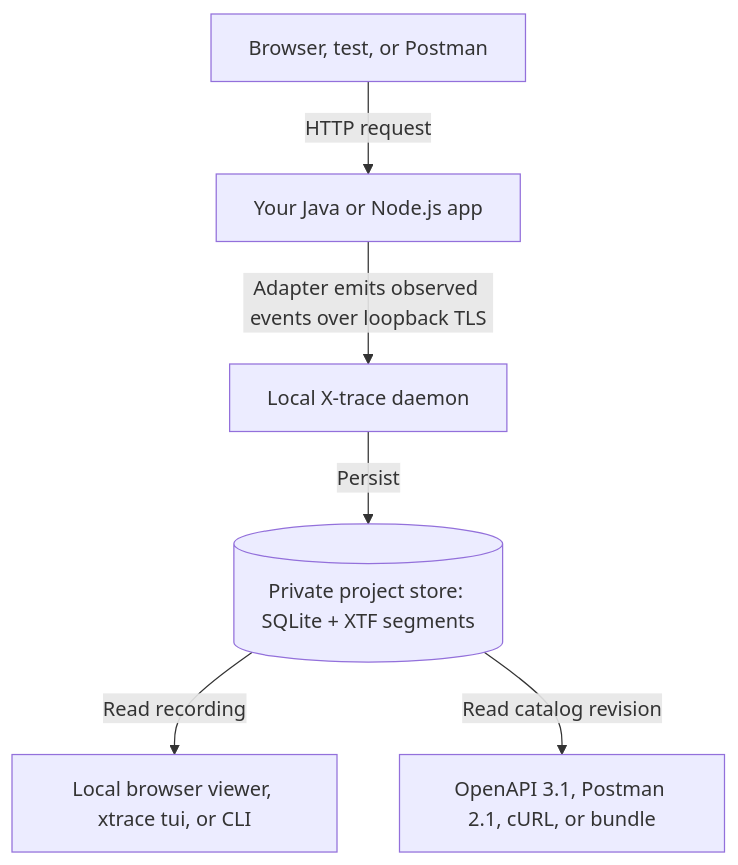
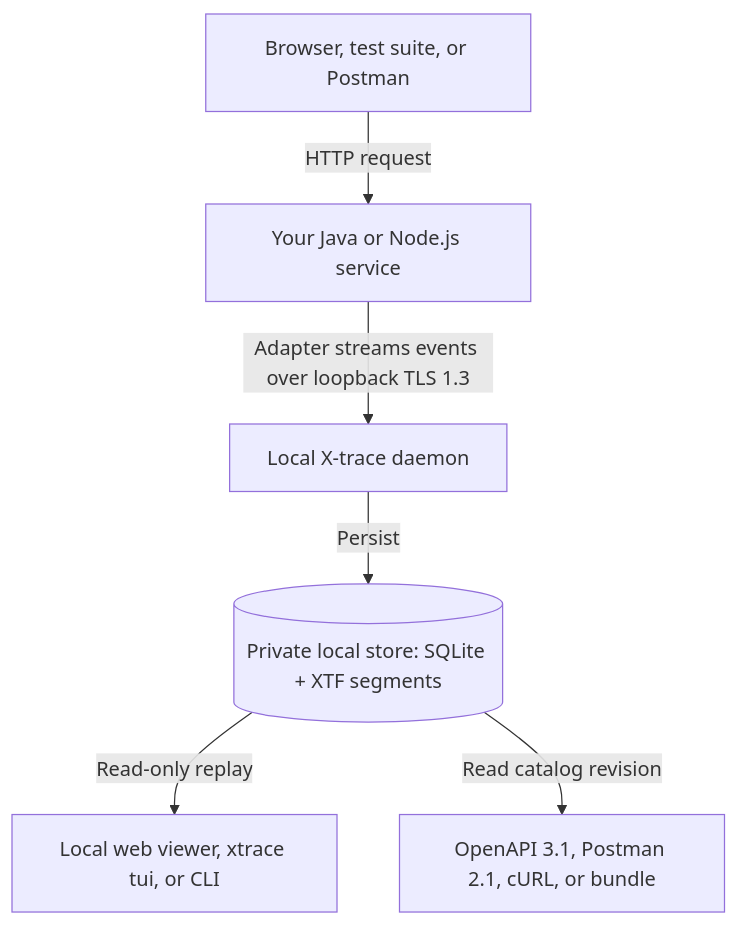
One commit to Legend101Zz/X-trace changed the second of 2 diagrams in README.md. Above: the diagram before and after it, drawn with Mermaid. The commit also changed other lines of this file and 2 other files, not shown here.

````diff
--- a/README.md
+++ b/README.md
@@ -70,8 +196,8 @@
 ```mermaid
 flowchart TD
-    Client["Browser, test, or Postman"] -->|HTTP request| App["Your Java or Node.js app"]
-    App -->|Adapter emits observed events over loopback TLS| Daemon["Local X-trace daemon"]
-    Daemon -->|Persist| Store[("Private project store: SQLite + XTF segments")]
-    Store -->|Read recording| Views["Local browser viewer, xtrace tui, or CLI"]
+    Client["Browser, test suite, or Postman"] -->|HTTP request| App["Your Java or Node.js service"]
+    App -->|Adapter streams events over loopback TLS 1.3| Daemon["Local X-trace daemon"]
+    Daemon -->|Persist| Store[("Private local store: SQLite + XTF segments")]
+    Store -->|Read-only replay| Views["Local web viewer, xtrace tui, or CLI"]
     Store -->|Read catalog revision| Export["OpenAPI 3.1, Postman 2.1, cURL, or bundle"]
 ```
````
